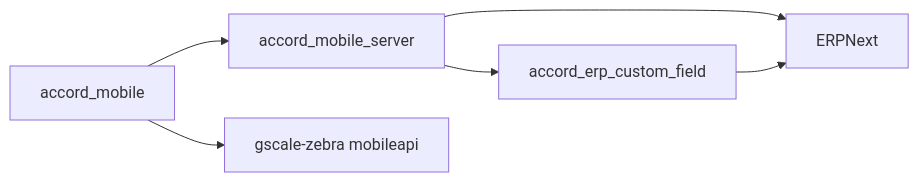
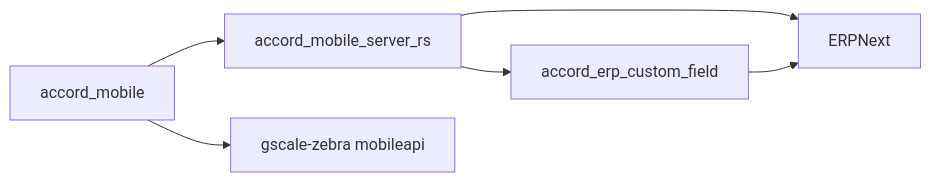
One commit to WIKKIwk/accord_mobile_v2 changed the first of 2 diagrams in README.md. Above: the diagram before and after it, drawn with Mermaid. The commit also changed other lines of this file, not shown here.

Commit message:
Update mobile README architecture

````diff
--- a/README.md
+++ b/README.md
@@ -11,8 +11,8 @@
 ```mermaid
 graph LR
-  A[accord_mobile] --> B[accord_mobile_server]
+  A[accord_mobile] --> B[accord_mobile_server_rs]
   B --> C[ERPNext]
   D[accord_erp_custom_field] --> C
   B --> D
   A --> E[gscale-zebra mobileapi]
 ```
````
